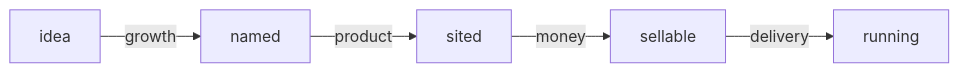
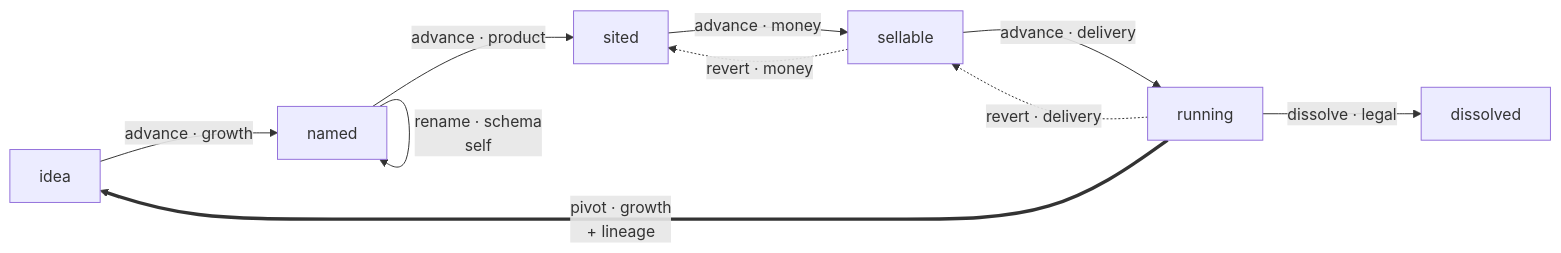
The second of 2 diagrams in packages/autonomous-startups/README.md (dot-org-ai/primitives.org.ai), drawn with Mermaid before and after one commit. The commit also changed other lines of this file and 13 other files, not shown here.

````diff
--- a/packages/autonomous-startups/README.md
+++ b/packages/autonomous-startups/README.md
@@ -45,7 +62,12 @@
 ```mermaid
 graph LR
-  idea -->|growth| named
-  named -->|product| sited
-  sited -->|money| sellable
-  sellable -->|delivery| running
+  idea -->|advance · growth| named
+  named -->|advance · product| sited
+  sited -->|advance · money| sellable
+  sellable -->|advance · delivery| running
+  running -.->|revert · delivery| sellable
+  sellable -.->|revert · money| sited
+  running ==>|pivot · growth<br/>+ lineage| idea
+  running -->|dissolve · legal| dissolved
+  named -->|rename · schema<br/>self| named
 ```
````
